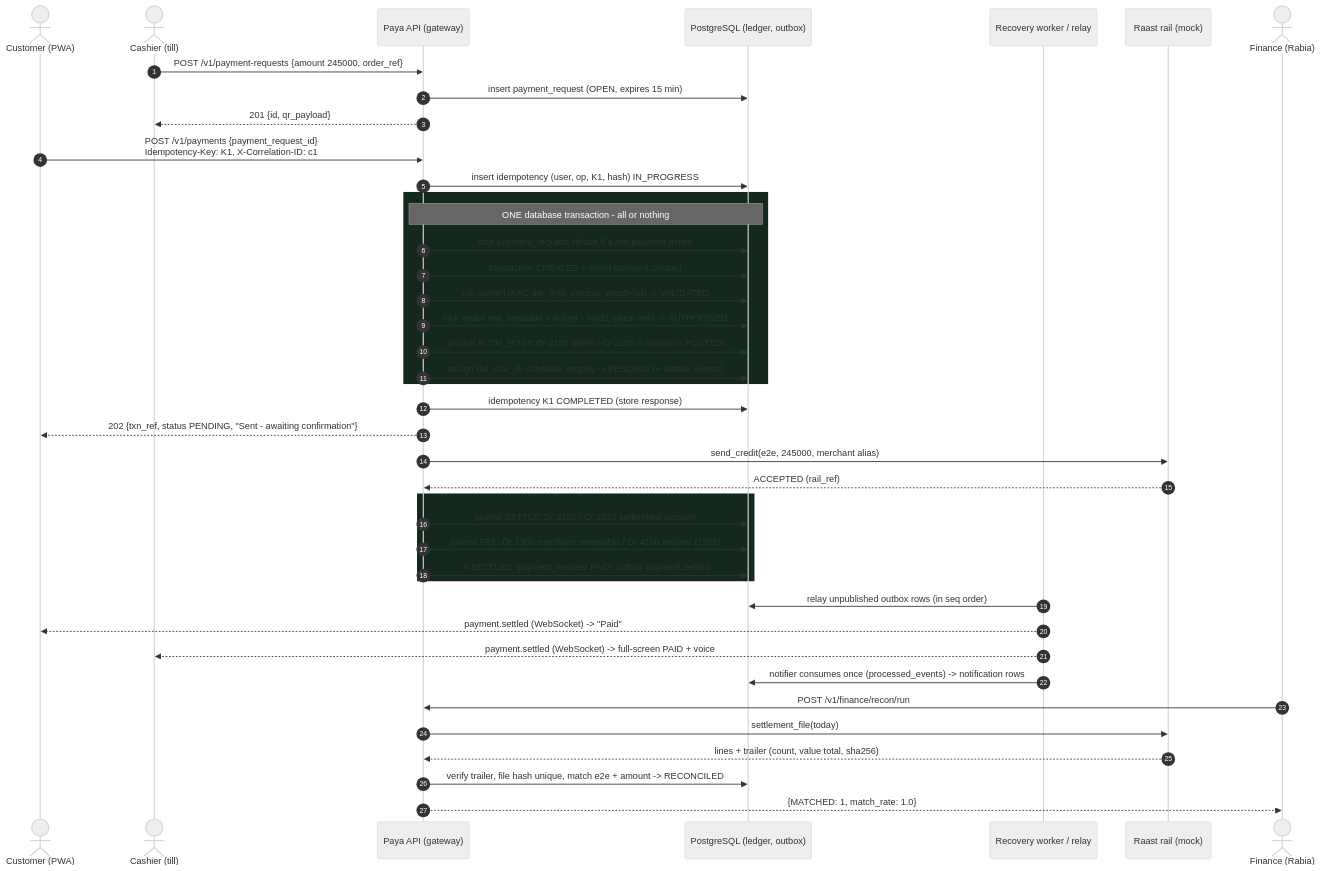
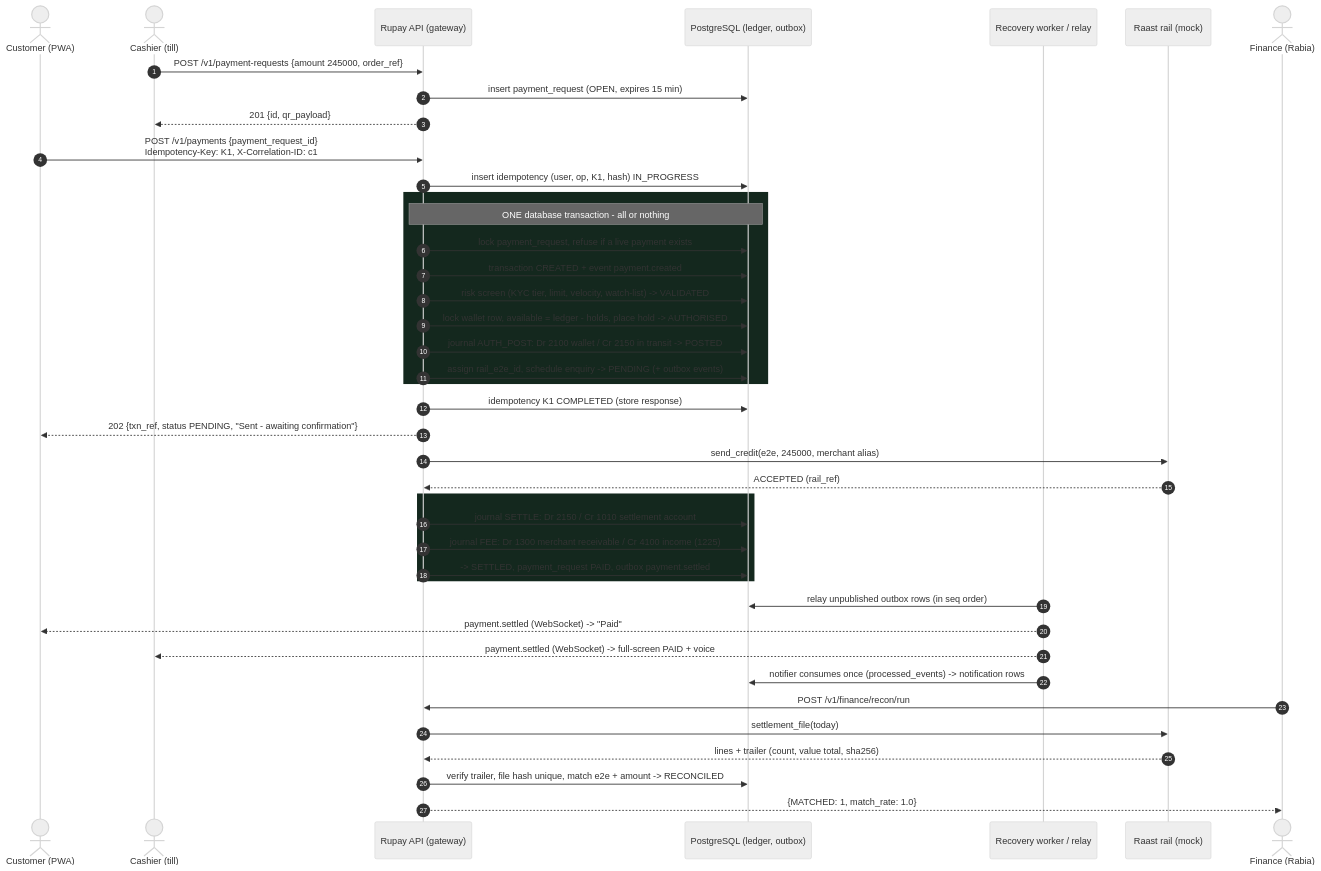
Before and after one commit to ruufaayl/paya: the first of 3 diagrams in docs/architecture/04-sequence-diagrams.md, drawn with Mermaid (neutral theme). The commit also changed other lines of this file and 116 other files, not shown here.

````diff
--- a/docs/architecture/04-sequence-diagrams.md
+++ b/docs/architecture/04-sequence-diagrams.md
@@ -9,44 +9,44 @@
 ```mermaid
 sequenceDiagram
   autonumber
   actor C as Customer (PWA)
   actor K as Cashier (till)
-  participant API as Paya API (gateway)
+  participant API as Rupay API (gateway)
   participant DB as PostgreSQL (ledger, outbox)
   participant W as Recovery worker / relay
   participant R as Raast rail (mock)
   actor F as Finance (Rabia)
 
   K->>API: POST /v1/payment-requests {amount 245000, order_ref}
   API->>DB: insert payment_request (OPEN, expires 15 min)
   API-->>K: 201 {id, qr_payload}
   C->>API: POST /v1/payments {payment_request_id}<br/>Idempotency-Key: K1, X-Correlation-ID: c1
   API->>DB: insert idempotency (user, op, K1, hash) IN_PROGRESS
   rect rgb(20,40,30)
   note over API,DB: ONE database transaction - all or nothing
   API->>DB: lock payment_request, refuse if a live payment exists
   API->>DB: transaction CREATED + event payment.created
   API->>DB: risk screen (KYC tier, limit, velocity, watch-list) -> VALIDATED
   API->>DB: lock wallet row, available = ledger - holds, place hold -> AUTHORISED
   API->>DB: journal AUTH_POST: Dr 2100 wallet / Cr 2150 in transit -> POSTED
   API->>DB: assign rail_e2e_id, schedule enquiry -> PENDING (+ outbox events)
   end
   API->>DB: idempotency K1 COMPLETED (store response)
   API-->>C: 202 {txn_ref, status PENDING, "Sent - awaiting confirmation"}
   API->>R: send_credit(e2e, 245000, merchant alias)
   R-->>API: ACCEPTED (rail_ref)
   rect rgb(20,40,30)
   API->>DB: journal SETTLE: Dr 2150 / Cr 1010 settlement account
   API->>DB: journal FEE: Dr 1300 merchant receivable / Cr 4100 income (1225)
   API->>DB: -> SETTLED, payment_request PAID, outbox payment.settled
   end
   W->>DB: relay unpublished outbox rows (in seq order)
   W-->>C: payment.settled (WebSocket) -> "Paid"
   W-->>K: payment.settled (WebSocket) -> full-screen PAID + voice
   W->>DB: notifier consumes once (processed_events) -> notification rows
   F->>API: POST /v1/finance/recon/run
   API->>R: settlement_file(today)
   R-->>API: lines + trailer (count, value total, sha256)
   API->>DB: verify trailer, file hash unique, match e2e + amount -> RECONCILED
   API-->>F: {MATCHED: 1, match_rate: 1.0}
 ```
````
